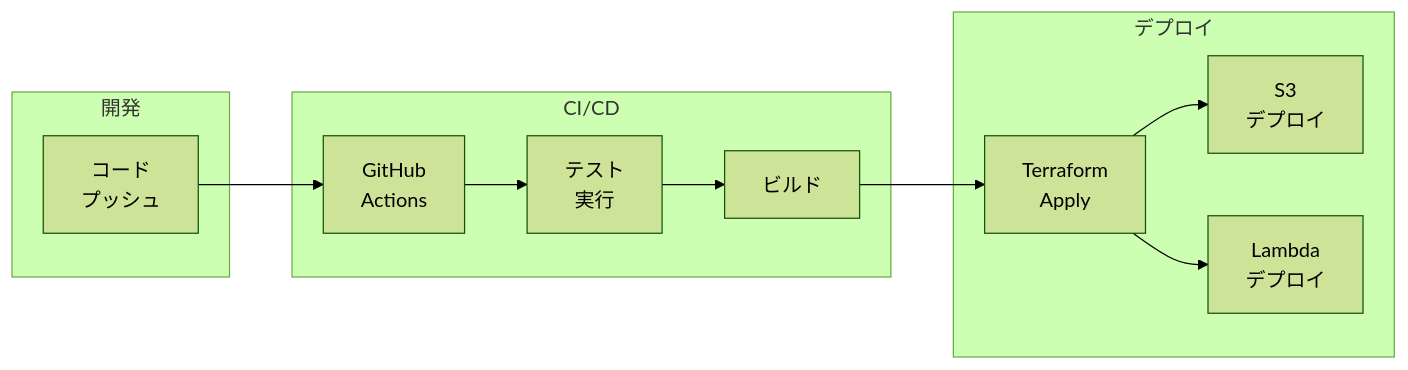
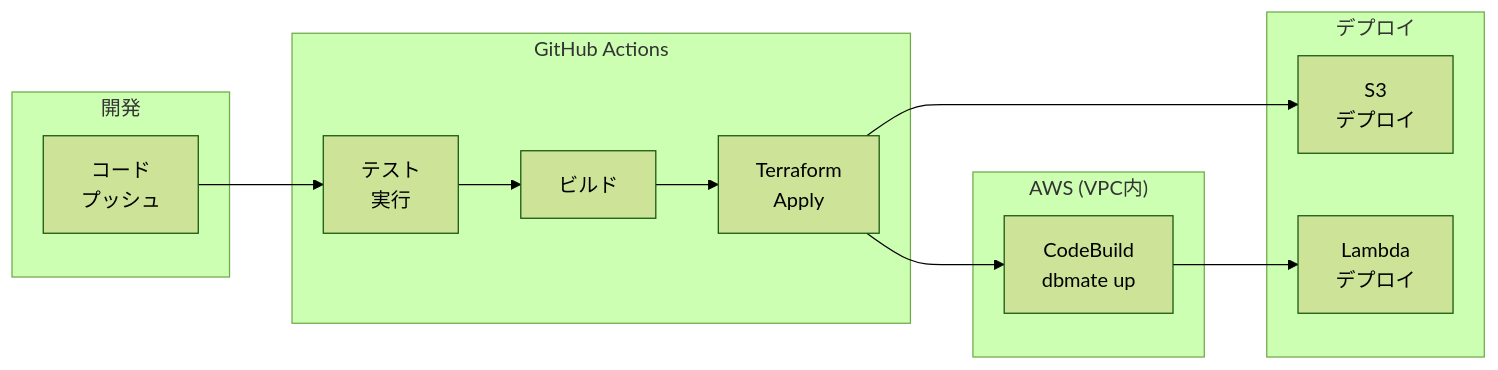
The eighth of 9 diagrams in docs/system-architecture.md (MizukiAono/zousho), drawn with Mermaid (forest theme) before and after one commit. The commit also changed other lines of this file and 2 other files, not shown here.

````diff
--- a/docs/system-architecture.md
+++ b/docs/system-architecture.md
@@ -281,25 +299,28 @@
 ```mermaid
 flowchart LR
     subgraph Dev["開発"]
         Code["コード<br/>プッシュ"]
     end
 
-    subgraph CI["CI/CD"]
-        GitHub["GitHub<br/>Actions"]
+    subgraph CI["GitHub Actions"]
         Test["テスト<br/>実行"]
         Build["ビルド"]
+        TF["Terraform<br/>Apply"]
+    end
+
+    subgraph AWS["AWS (VPC内)"]
+        CodeBuild["CodeBuild<br/>dbmate up"]
     end
 
     subgraph Deploy["デプロイ"]
-        TF["Terraform<br/>Apply"]
         S3Deploy["S3<br/>デプロイ"]
         LambdaDeploy["Lambda<br/>デプロイ"]
     end
 
-    Code --> GitHub
-    GitHub --> Test
+    Code --> Test
     Test --> Build
     Build --> TF
+    TF --> CodeBuild
+    CodeBuild --> LambdaDeploy
     TF --> S3Deploy
-    TF --> LambdaDeploy
 ```
````
